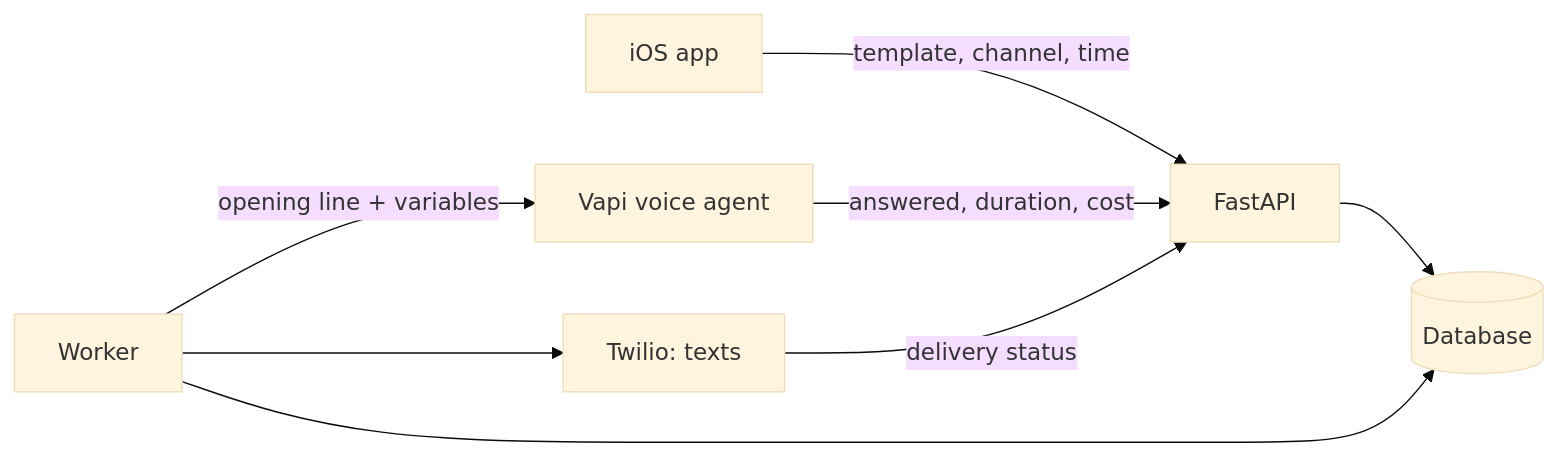
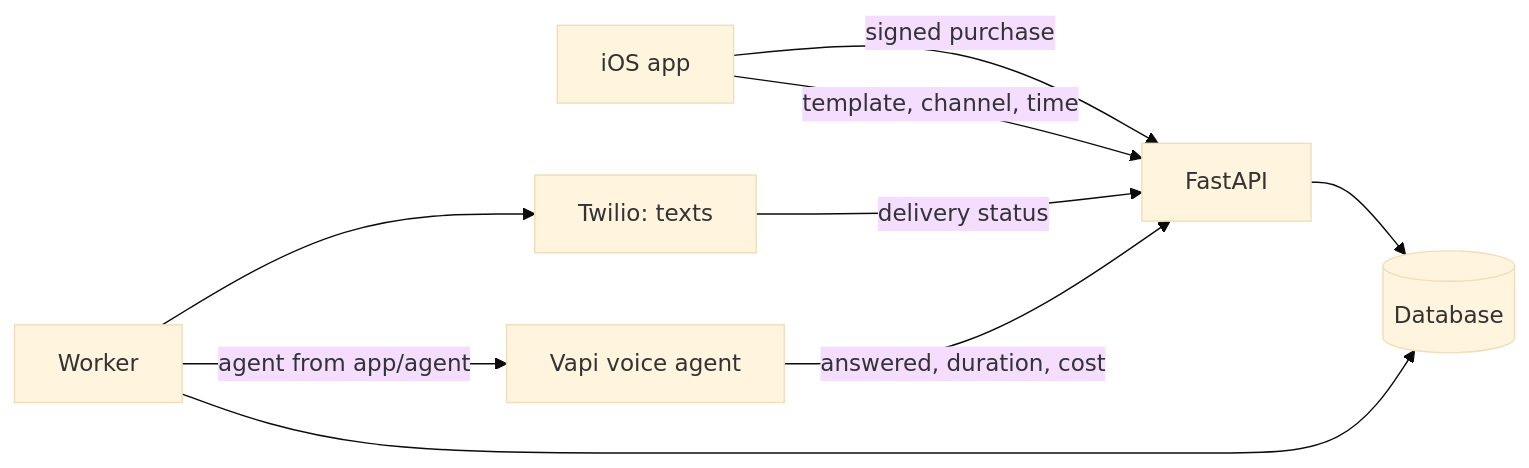
The diagram in README.md (loukra/AlibiMe), drawn with Mermaid (base theme) before and after one commit. The commit also changed other lines of this file and 2 other files, not shown here.

First line of the commit message:
Docs: agent in the repo, evals, Action Button, purchases

````diff
--- a/README.md
+++ b/README.md
@@ -50,10 +68,11 @@
 ```mermaid
 flowchart LR
     App[iOS app] -->|template, channel, time| API[FastAPI]
     API --> DB[(Database)]
     Worker --> DB
-    Worker -->|opening line + variables| Vapi[Vapi voice agent]
+    Worker -->|agent from app/agent| Vapi[Vapi voice agent]
     Worker --> Twilio[Twilio: texts]
     Vapi -->|answered, duration, cost| API
     Twilio -->|delivery status| API
+    App -->|signed purchase| API
 ```
````
